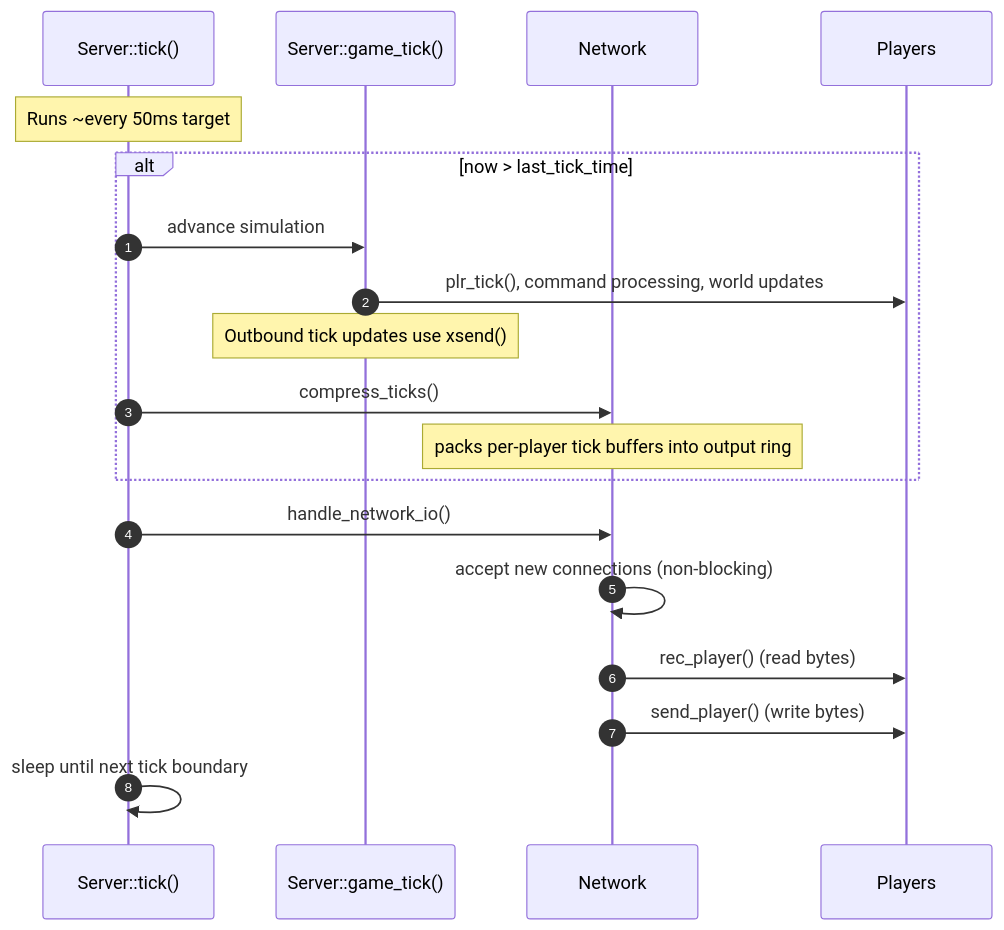
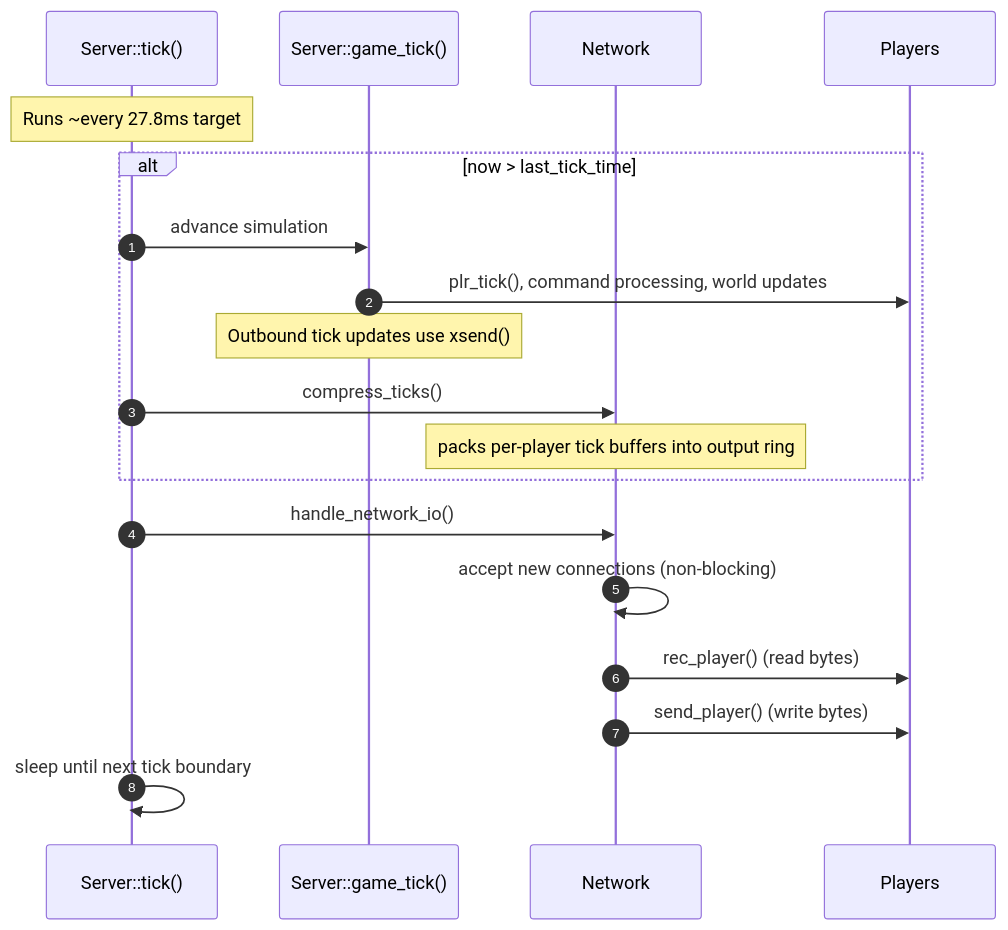
Before and after one commit to engineerjames/men-among-gods-reforged: the first of 3 diagrams in docs/server/DESIGN.md, drawn with Mermaid. The commit also changed other lines of this file and 7 other files, not shown here.

````diff
--- a/docs/server/DESIGN.md
+++ b/docs/server/DESIGN.md
@@ -54,24 +54,24 @@
 ```mermaid
 sequenceDiagram
 	autonumber
 	participant S as Server::tick()
 	participant G as Server::game_tick()
 	participant N as Network
 	participant P as Players
 
-	Note over S: Runs ~every 50ms target
+	Note over S: Runs ~every 27.8ms target
 	alt now > last_tick_time
 		S->>G: advance simulation
 		G->>P: plr_tick(), command processing, world updates
 		Note over G: Outbound tick updates use xsend()
 		S->>N: compress_ticks()
 		Note over N: packs per-player tick buffers into output ring
 	end
 
 	S->>N: handle_network_io()
 	N->>N: accept new connections (non-blocking)
 	N->>P: rec_player() (read bytes)
 	N->>P: send_player() (write bytes)
 
 	S->>S: sleep until next tick boundary
 ```
````
